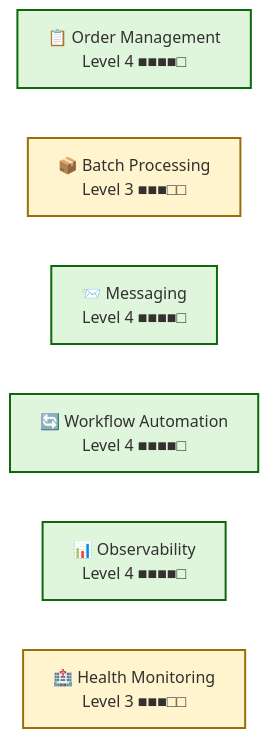
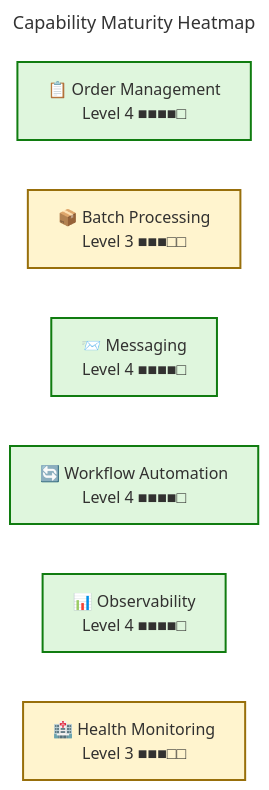
The sixth of 13 diagrams in docs/architecture/Business-Layer-Architecture.md (Evilazaro/Azure-LogicApps-Monitoring), drawn with Mermaid before and after one commit. The commit also changed other lines of this file, not shown here.

Commit message:
docs: update mermaid diagrams for improved clarity and consistency in Business Architecture documentation

````diff
--- a/docs/architecture/Business-Layer-Architecture.md
+++ b/docs/architecture/Business-Layer-Architecture.md
@@ -492,30 +505,33 @@
 ```mermaid
 ---
+title: "Capability Maturity Heatmap"
 config:
   theme: base
+  themeVariables:
+    fontSize: '16px'
 ---
 graph LR
     accTitle: Capability Maturity Heatmap
     accDescr: Shows current maturity levels for 6 business capabilities with color-coded status indicating Defined or Measured maturity
 
     %% ═══════════════════════════════════════════════════════════════
     %% AZURE / FLUENT ARCHITECTURE PATTERN v1.1
     %% Generated: 2026-02-18T10:30:00Z
     %% Layer: Business
     %% Components: 6
     %% Semantic classes: 2/5 used (mature, defined)
     %% ═══════════════════════════════════════════════════════════════
 
     m1["📋 Order Management<br/>Level 4 ■■■■□"]
     m2["📦 Batch Processing<br/>Level 3 ■■■□□"]
     m3["📨 Messaging<br/>Level 4 ■■■■□"]
     m4["🔄 Workflow Automation<br/>Level 4 ■■■■□"]
     m5["📊 Observability<br/>Level 4 ■■■■□"]
     m6["🏥 Health Monitoring<br/>Level 3 ■■■□□"]
 
-    classDef mature fill:#DFF6DD,stroke:#0B6A0B,stroke-width:2px,color:#323130
+    classDef mature fill:#DFF6DD,stroke:#107C10,stroke-width:2px,color:#323130
     classDef defined fill:#FFF4CE,stroke:#986F0B,stroke-width:2px,color:#323130
 
     class m1,m3,m4,m5 mature
     class m2,m6 defined
 ```
````
